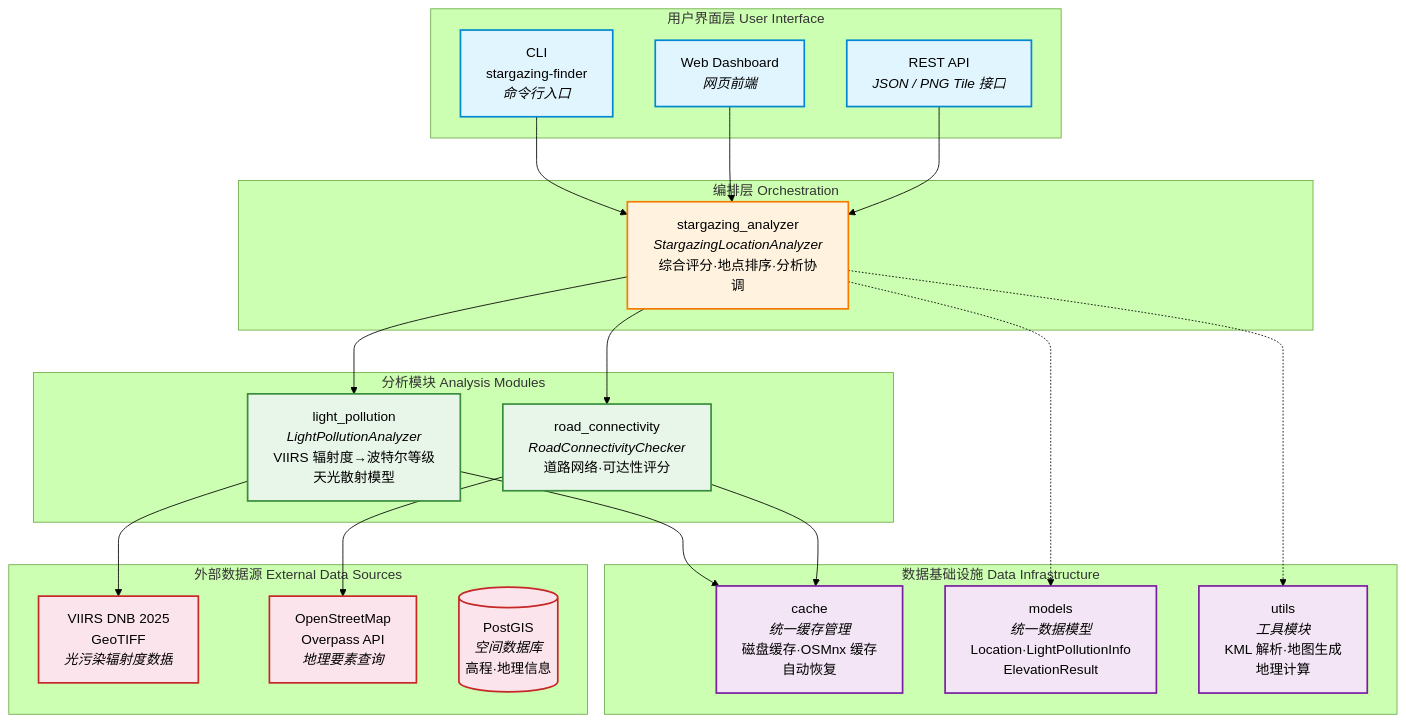
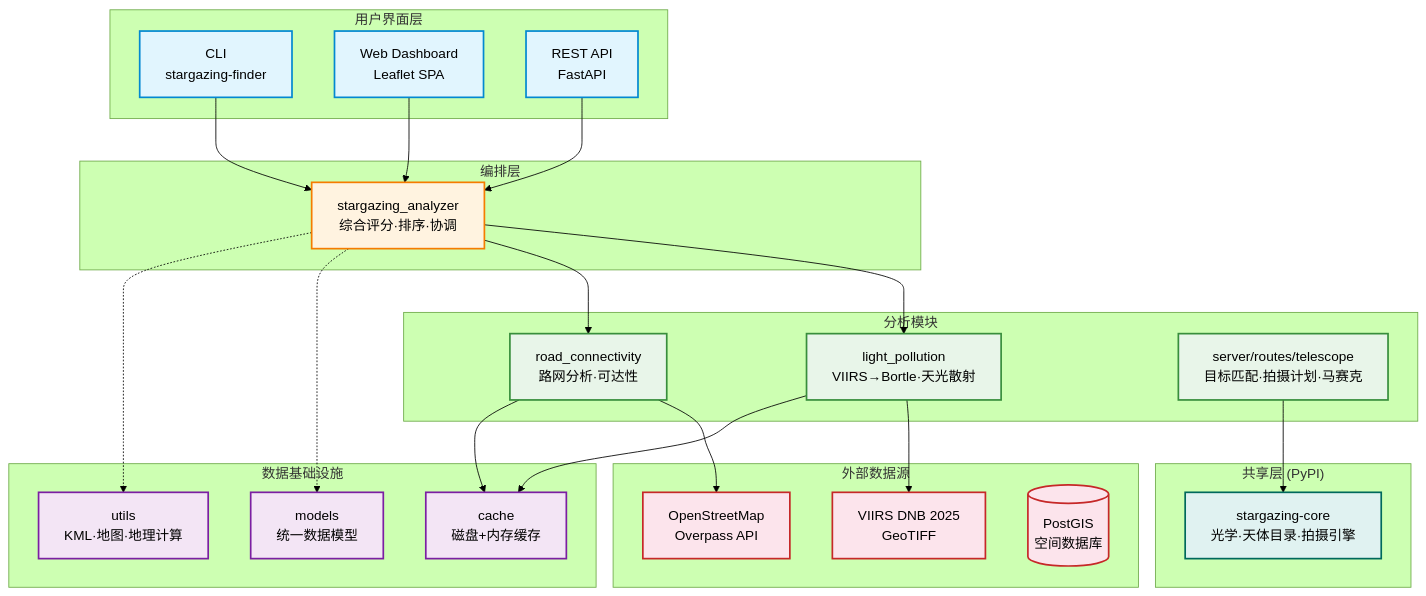
Before and after one commit to StarGazer1995/stargazing-place-finder: the first of 2 diagrams in README.md, drawn with Mermaid (forest theme). The commit also changed other lines of this file and 3 other files, not shown here.

First line of the commit message:
docs: refresh all docs for FastAPI migration + stargazing-core PyPI dep (#84)

````diff
--- a/README.md
+++ b/README.md
@@ -97,66 +93,61 @@
 ```mermaid
 graph TB
-    %% 样式定义
     classDef ui fill:#e1f5fe,stroke:#0288d1,stroke-width:2px
     classDef orchestration fill:#fff3e0,stroke:#f57c00,stroke-width:2px
     classDef analysis fill:#e8f5e9,stroke:#388e3c,stroke-width:2px
     classDef infra fill:#f3e5f5,stroke:#7b1fa2,stroke-width:2px
     classDef external fill:#fce4ec,stroke:#c62828,stroke-width:2px
+    classDef shared fill:#e0f2f1,stroke:#00695c,stroke-width:2px
 
-    %% 用户界面层
-    subgraph UI["用户界面层 User Interface"]
-        CLI["CLI<br/>stargazing-finder<br/><i>命令行入口</i>"]
-        Web["Web Dashboard<br/><i>网页前端</i>"]
-        API["REST API<br/><i>JSON / PNG Tile 接口</i>"]
+    subgraph UI["用户界面层"]
+        CLI["CLI<br/>stargazing-finder"]
+        Web["Web Dashboard<br/>Leaflet SPA"]
+        API["REST API<br/>FastAPI"]
     end
 
-    %% 编排层
-    subgraph ORCH["编排层 Orchestration"]
-        SA["stargazing_analyzer<br/><i>StargazingLocationAnalyzer</i><br/>综合评分·地点排序·分析协调"]
+    subgraph ORCH["编排层"]
+        SA["stargazing_analyzer<br/>综合评分·排序·协调"]
     end
 
-    %% 分析模块
-    subgraph MOD["分析模块 Analysis Modules"]
-        LP["light_pollution<br/><i>LightPollutionAnalyzer</i><br/>VIIRS 辐射度→波特尔等级<br/>天光散射模型"]
-        RC["road_connectivity<br/><i>RoadConnectivityChecker</i><br/>道路网络·可达性评分"]
+    subgraph MOD["分析模块"]
+        LP["light_pollution<br/>VIIRS→Bortle·天光散射"]
+        RC["road_connectivity<br/>路网分析·可达性"]
+        TS["server/routes/telescope<br/>目标匹配·拍摄计划·马赛克"]
     end
 
-    %% 数据基础设施
-    subgraph INFRA["数据基础设施 Data Infrastructure"]
-        Cache["cache<br/><i>统一缓存管理</i><br/>磁盘缓存·OSMnx 缓存<br/>自动恢复"]
-        Models["models<br/><i>统一数据模型</i><br/>Location·LightPollutionInfo<br/>ElevationResult"]
-        Utils["utils<br/><i>工具模块</i><br/>KML 解析·地图生成<br/>地理计算"]
+    subgraph SHARED["共享层 (PyPI)"]
+        CORE["stargazing-core<br/>光学·天体目录·拍摄引擎"]
     end
 
-    %% 外部数据源
-    subgraph EXT["外部数据源 External Data Sources"]
-        VIIRS["VIIRS DNB 2025<br/>GeoTIFF<br/><i>光污染辐射度数据</i>"]
-        OSM["OpenStreetMap<br/>Overpass API<br/><i>地理要素查询</i>"]
-        PG[("PostGIS<br/><i>空间数据库</i><br/>高程·地理信息")]
+    subgraph INFRA["数据基础设施"]
+        Cache["cache<br/>磁盘+内存缓存"]
+        Models["models<br/>统一数据模型"]
+        Utils["utils<br/>KML·地图·地理计算"]
     end
 
-    %% 连接线
+    subgraph EXT["外部数据源"]
+        VIIRS["VIIRS DNB 2025<br/>GeoTIFF"]
+        OSM["OpenStreetMap<br/>Overpass API"]
+        PG[("PostGIS<br/>空间数据库")]
+    end
+
     CLI --> SA
     Web --> SA
     API --> SA
-
     SA --> LP
     SA --> RC
-
+    TS --> CORE
     LP --> VIIRS
     RC --> OSM
-
-
     LP --> Cache
     RC --> Cache
-
     SA -.-> Models
     SA -.-> Utils
 
-    %% 应用样式
     class CLI,Web,API ui
     class SA orchestration
-    class LP,RC analysis
+    class LP,RC,TS analysis
+    class CORE shared
     class Cache,Models,Utils infra
     class VIIRS,OSM,PG external
 ```
````
